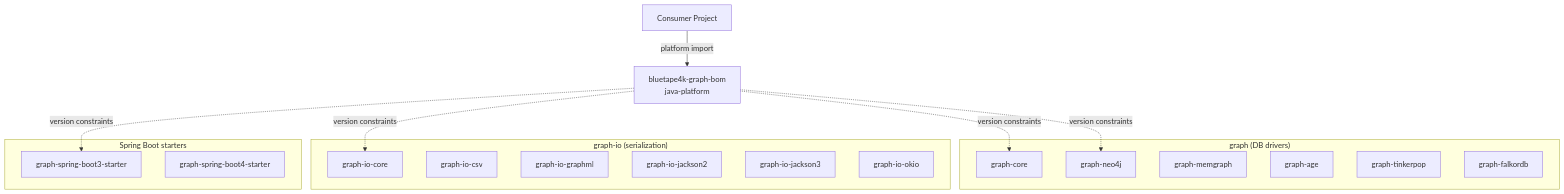
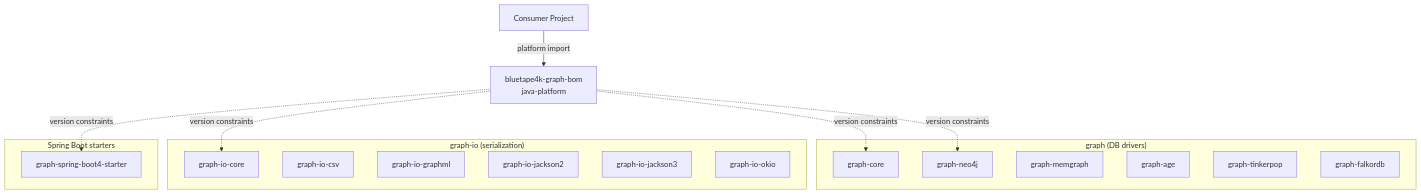
One commit to bluetape4k/bluetape4k-graph changed the diagram in bom/README.md. Above: the diagram before and after it, drawn with Mermaid. The commit also changed other lines of this file and 48 other files, not shown here.

First line of the commit message:
Remove Spring Boot 3 support from graph

````diff
--- a/bom/README.md
+++ b/bom/README.md
@@ -11,34 +11,33 @@
 ```mermaid
 graph TB
     Consumer[Consumer Project]
     BOM[bluetape4k-graph-bom<br/>java-platform]
 
     subgraph "graph (DB drivers)"
       Core[graph-core]
       Neo4j[graph-neo4j]
       Memgraph[graph-memgraph]
       Age[graph-age]
       Tinker[graph-tinkerpop]
       Falkor[graph-falkordb]
     end
 
     subgraph "graph-io (serialization)"
       IoCore[graph-io-core]
       Csv[graph-io-csv]
       GraphML[graph-io-graphml]
       Jackson2[graph-io-jackson2]
       Jackson3[graph-io-jackson3]
       Okio[graph-io-okio]
     end
 
     subgraph "Spring Boot starters"
-      SB3[graph-spring-boot3-starter]
       SB4[graph-spring-boot4-starter]
     end
 
     Consumer -->|platform import| BOM
     BOM -.->|version constraints| Core
     BOM -.->|version constraints| Neo4j
     BOM -.->|version constraints| IoCore
-    BOM -.->|version constraints| SB3
+    BOM -.->|version constraints| SB4
 ```
````
